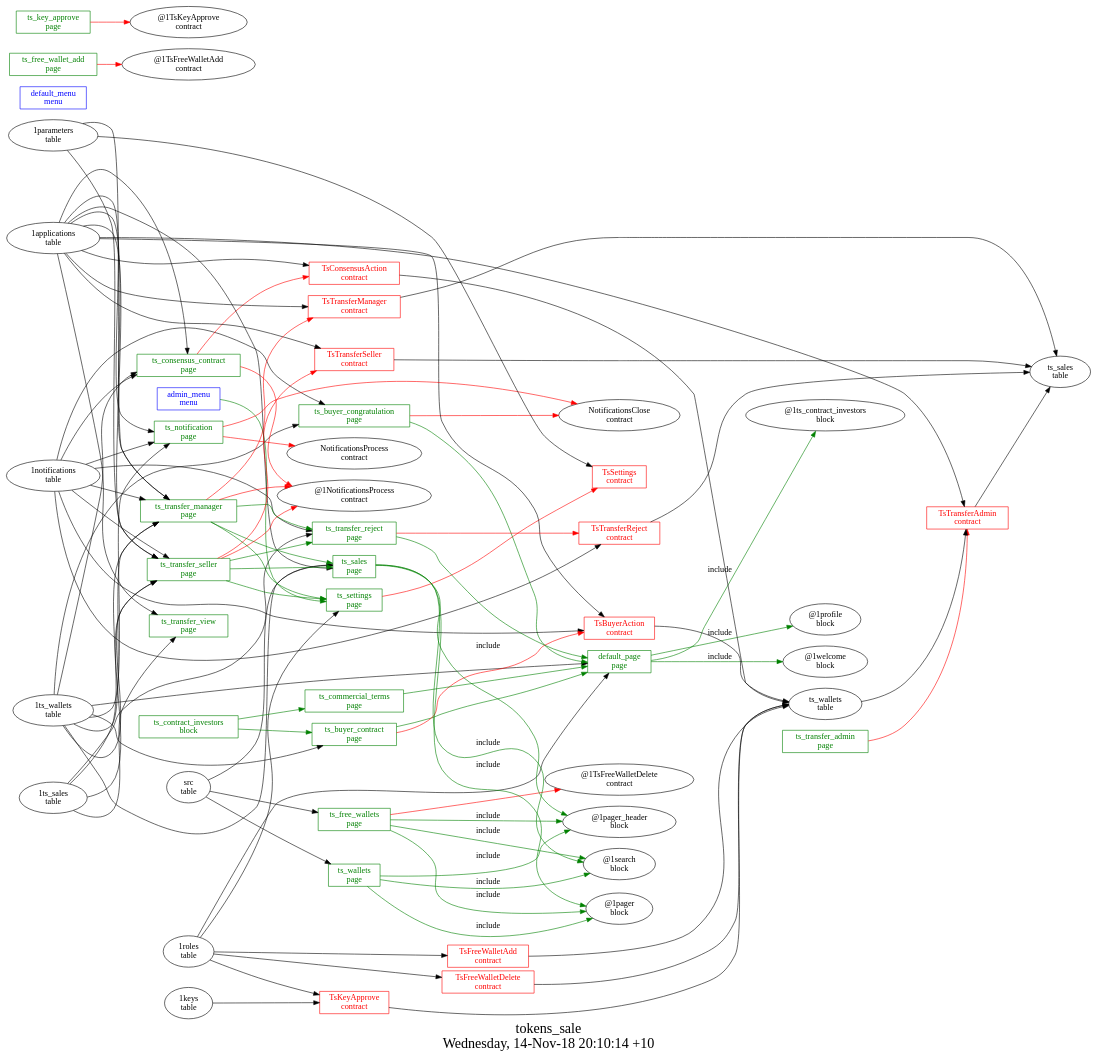
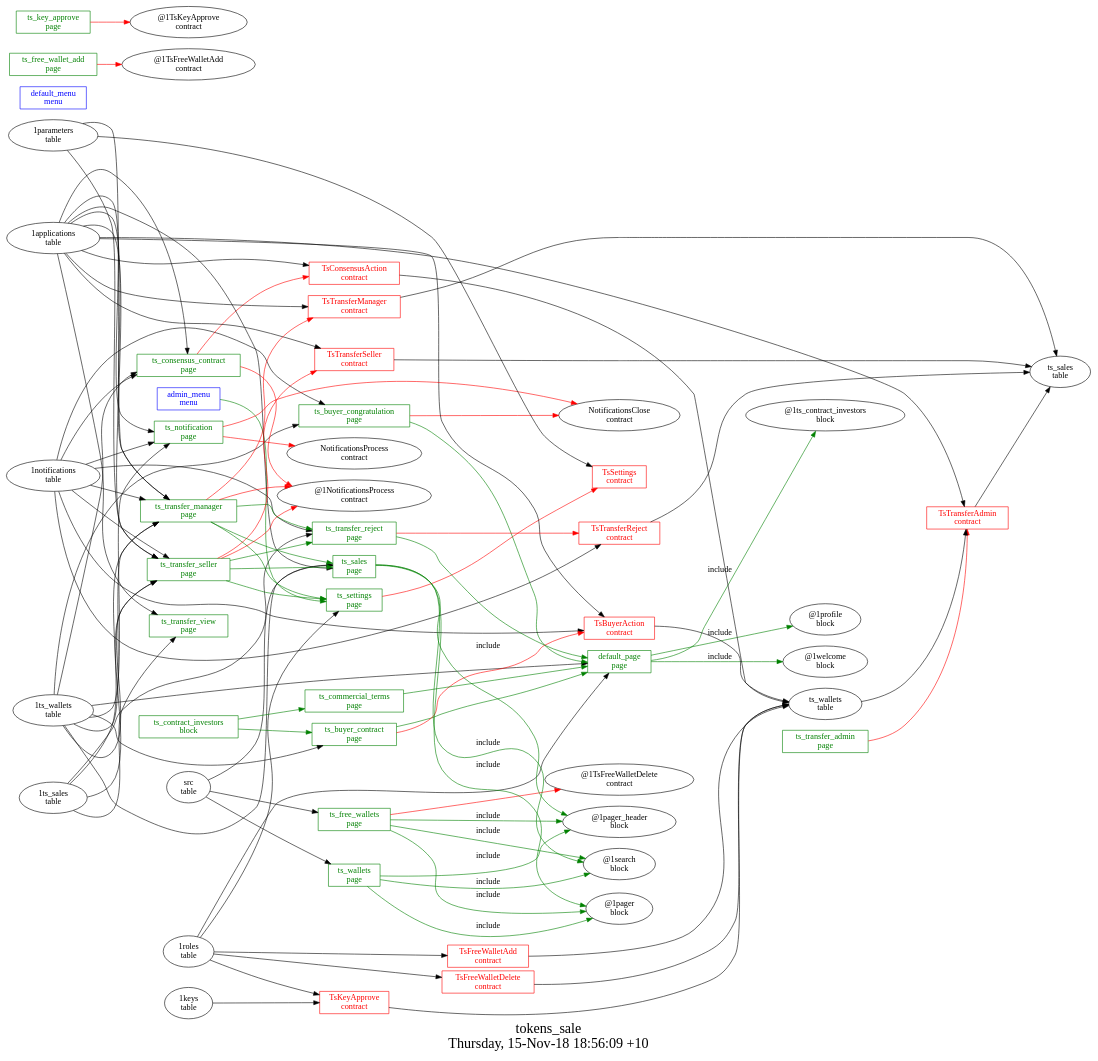
One commit to AplaProject/apps changed the diagram in other/tokens_sale/struct.dot. Above: the diagram before and after it, drawn with Graphviz. The commit also changed 6 other files, not shown here.

```diff
--- a/other/tokens_sale/struct.dot
+++ b/other/tokens_sale/struct.dot
@@ -1,134 +1,134 @@
 digraph G {
 fontsize="24";
-label="tokens_sale\nWednesday, 14-Nov-18 20:10:14 +10";
+label="tokens_sale\nThursday, 15-Nov-18 18:56:09 +10";
 nojustify=true;
 ordering=out;
 rankdir=LR;
 size="30";
 "admin_menu\nmenu" -> "ts_settings\npage"  [ color=green ]
 "admin_menu\nmenu" [color=blue, fontcolor=blue, group=menus, shape=record];
 "default_menu\nmenu" [color=blue, fontcolor=blue, group=menus, shape=record];
 "1ts_wallets\ntable" -> "default_page\npage"
 "1roles\ntable" -> "default_page\npage"
 "default_page\npage" -> "@1ts_contract_investors\nblock"  [ color=green, label=include ]
 "default_page\npage" -> "@1profile\nblock"  [ color=green, label=include ]
 "default_page\npage" -> "@1welcome\nblock"  [ color=green, label=include ]
 "default_page\npage" [color=green, fontcolor=green, group=pages, shape=record];
 "ts_buyer_congratulation\npage" -> "NotificationsClose\ncontract"  [ color=red ]
 "1ts_wallets\ntable" -> "ts_buyer_congratulation\npage"
 "1notifications\ntable" -> "ts_buyer_congratulation\npage"
 "ts_buyer_congratulation\npage" -> "default_page\npage"  [ color=green ]
 "ts_buyer_congratulation\npage" [color=green, fontcolor=green, group=pages, shape=record];
 "ts_buyer_contract\npage" -> "TsBuyerAction\ncontract"  [ color=red ]
 "1ts_wallets\ntable" -> "ts_buyer_contract\npage"
 "ts_buyer_contract\npage" -> "default_page\npage"  [ color=green ]
 "ts_buyer_contract\npage" [color=green, fontcolor=green, group=pages, shape=record];
 "ts_commercial_terms\npage" -> "default_page\npage"  [ color=green ]
 "ts_commercial_terms\npage" [color=green, fontcolor=green, group=pages, shape=record];
 "ts_consensus_contract\npage" -> "TsConsensusAction\ncontract"  [ color=red ]
 "ts_consensus_contract\npage" -> "@1NotificationsProcess\ncontract"  [ color=red ]
 "1applications\ntable" -> "ts_consensus_contract\npage"
 "1notifications\ntable" -> "ts_consensus_contract\npage"
 "1ts_wallets\ntable" -> "ts_consensus_contract\npage"
 "ts_consensus_contract\npage" [color=green, fontcolor=green, group=pages, shape=record];
 "ts_free_wallet_add\npage" -> "@1TsFreeWalletAdd\ncontract"  [ color=red ]
 "ts_free_wallet_add\npage" [color=green, fontcolor=green, group=pages, shape=record];
 "ts_free_wallets\npage" -> "@1TsFreeWalletDelete\ncontract"  [ color=red ]
 "src\ntable" -> "ts_free_wallets\npage"
 "ts_free_wallets\npage" -> "@1pager_header\nblock"  [ color=green, label=include ]
 "ts_free_wallets\npage" -> "@1search\nblock"  [ color=green, label=include ]
 "ts_free_wallets\npage" -> "@1pager\nblock"  [ color=green, label=include ]
 "ts_free_wallets\npage" [color=green, fontcolor=green, group=pages, shape=record];
 "ts_key_approve\npage" -> "@1TsKeyApprove\ncontract"  [ color=red ]
 "ts_key_approve\npage" [color=green, fontcolor=green, group=pages, shape=record];
 "ts_notification\npage" -> "NotificationsClose\ncontract"  [ color=red ]
 "ts_notification\npage" -> "NotificationsProcess\ncontract"  [ color=red ]
 "1applications\ntable" -> "ts_notification\npage"
 "1notifications\ntable" -> "ts_notification\npage"
 "1ts_wallets\ntable" -> "ts_notification\npage"
 "ts_notification\npage" [color=green, fontcolor=green, group=pages, shape=record];
 "1applications\ntable" -> "ts_sales\npage"
 "src\ntable" -> "ts_sales\npage"
 "1ts_wallets\ntable" -> "ts_sales\npage"
 "ts_sales\npage" -> "@1pager_header\nblock"  [ color=green, label=include ]
 "ts_sales\npage" -> "@1search\nblock"  [ color=green, label=include ]
 "ts_sales\npage" -> "@1pager\nblock"  [ color=green, label=include ]
 "ts_sales\npage" [color=green, fontcolor=green, group=pages, shape=record];
 "ts_settings\npage" -> "TsSettings\ncontract"  [ color=red ]
 "1roles\ntable" -> "ts_settings\npage"
 "ts_settings\npage" [color=green, fontcolor=green, group=pages, shape=record];
 "ts_transfer_admin\npage" -> "TsTransferAdmin\ncontract"  [ color=red ]
 "ts_transfer_admin\npage" [color=green, fontcolor=green, group=pages, shape=record];
 "ts_transfer_manager\npage" -> "TsTransferManager\ncontract"  [ color=red ]
 "ts_transfer_manager\npage" -> "@1NotificationsProcess\ncontract"  [ color=red ]
 "1applications\ntable" -> "ts_transfer_manager\npage"
 "1notifications\ntable" -> "ts_transfer_manager\npage"
 "1ts_sales\ntable" -> "ts_transfer_manager\npage"
 "1ts_wallets\ntable" -> "ts_transfer_manager\npage"
 "1parameters\ntable" -> "ts_transfer_manager\npage"
 "ts_transfer_manager\npage" -> "ts_transfer_reject\npage"  [ color=green ]
 "ts_transfer_manager\npage" -> "ts_sales\npage"  [ color=green ]
 "ts_transfer_manager\npage" -> "ts_settings\npage"  [ color=green ]
 "ts_transfer_manager\npage" [color=green, fontcolor=green, group=pages, shape=record];
 "ts_transfer_reject\npage" -> "TsTransferReject\ncontract"  [ color=red ]
 "1notifications\ntable" -> "ts_transfer_reject\npage"
 "1ts_sales\ntable" -> "ts_transfer_reject\npage"
 "ts_transfer_reject\npage" -> "default_page\npage"  [ color=green ]
 "ts_transfer_reject\npage" [color=green, fontcolor=green, group=pages, shape=record];
 "ts_transfer_seller\npage" -> "TsTransferSeller\ncontract"  [ color=red ]
 "ts_transfer_seller\npage" -> "@1NotificationsProcess\ncontract"  [ color=red ]
 "1applications\ntable" -> "ts_transfer_seller\npage"
 "1notifications\ntable" -> "ts_transfer_seller\npage"
 "1ts_sales\ntable" -> "ts_transfer_seller\npage"
 "1ts_wallets\ntable" -> "ts_transfer_seller\npage"
 "1parameters\ntable" -> "ts_transfer_seller\npage"
 "ts_transfer_seller\npage" -> "ts_transfer_reject\npage"  [ color=green ]
 "ts_transfer_seller\npage" -> "ts_sales\npage"  [ color=green ]
 "ts_transfer_seller\npage" -> "ts_settings\npage"  [ color=green ]
 "ts_transfer_seller\npage" [color=green, fontcolor=green, group=pages, shape=record];
 "1applications\ntable" -> "ts_transfer_view\npage"
 "1ts_sales\ntable" -> "ts_transfer_view\npage"
 "ts_transfer_view\npage" [color=green, fontcolor=green, group=pages, shape=record];
 "src\ntable" -> "ts_wallets\npage"
 "ts_wallets\npage" -> "@1pager_header\nblock"  [ color=green, label=include ]
 "ts_wallets\npage" -> "@1search\nblock"  [ color=green, label=include ]
 "ts_wallets\npage" -> "@1pager\nblock"  [ color=green, label=include ]
 "ts_wallets\npage" [color=green, fontcolor=green, group=pages, shape=record];
 "ts_contract_investors\nblock" -> "ts_commercial_terms\npage"  [ color=green ]
 "ts_contract_investors\nblock" -> "ts_buyer_contract\npage"  [ color=green ]
 "ts_contract_investors\nblock" [color=green, fontcolor=green, group=blocks, shape=record];
 "TsBuyerAction\ncontract" -> "ts_wallets\ntable"  [ color="" ]
 "1applications\ntable" -> "TsBuyerAction\ncontract"
 "1notifications\ntable" -> "TsBuyerAction\ncontract"
 "TsBuyerAction\ncontract" [color=red, fontcolor=red, group=contracts, shape=record];
 "TsConsensusAction\ncontract" -> "ts_wallets\ntable"  [ color="" ]
 "1applications\ntable" -> "TsConsensusAction\ncontract"
 "TsConsensusAction\ncontract" [color=red, fontcolor=red, group=contracts, shape=record];
 "TsFreeWalletAdd\ncontract" -> "ts_wallets\ntable"  [ color="" ]
 "1roles\ntable" -> "TsFreeWalletAdd\ncontract"
 "TsFreeWalletAdd\ncontract" [color=red, fontcolor=red, group=contracts, shape=record];
 "TsFreeWalletDelete\ncontract" -> "ts_wallets\ntable"  [ color="" ]
 "1roles\ntable" -> "TsFreeWalletDelete\ncontract"
 "TsFreeWalletDelete\ncontract" [color=red, fontcolor=red, group=contracts, shape=record];
 "TsKeyApprove\ncontract" -> "ts_wallets\ntable"  [ color="" ]
 "1keys\ntable" -> "TsKeyApprove\ncontract"
 "1roles\ntable" -> "TsKeyApprove\ncontract"
 "TsKeyApprove\ncontract" [color=red, fontcolor=red, group=contracts, shape=record];
 "1parameters\ntable" -> "TsSettings\ncontract"
 "TsSettings\ncontract" [color=red, fontcolor=red, group=contracts, shape=record];
 "TsTransferAdmin\ncontract" -> "ts_sales\ntable"  [ color="" ]
 "1applications\ntable" -> "TsTransferAdmin\ncontract"
 "ts_wallets\ntable" -> "TsTransferAdmin\ncontract"
 "TsTransferAdmin\ncontract" [color=red, fontcolor=red, group=contracts, shape=record];
 "TsTransferManager\ncontract" -> "ts_sales\ntable"  [ color="" ]
 "1applications\ntable" -> "TsTransferManager\ncontract"
 "TsTransferManager\ncontract" [color=red, fontcolor=red, group=contracts, shape=record];
 "TsTransferReject\ncontract" -> "ts_sales\ntable"  [ color="" ]
 "1notifications\ntable" -> "TsTransferReject\ncontract"
 "TsTransferReject\ncontract" [color=red, fontcolor=red, group=contracts, shape=record];
 "TsTransferSeller\ncontract" -> "ts_sales\ntable"  [ color="" ]
 "1applications\ntable" -> "TsTransferSeller\ncontract"
 "TsTransferSeller\ncontract" [color=red, fontcolor=red, group=contracts, shape=record];
 "ts_sales\ntable" [color="", fontcolor="", group=tables, shape=""];
 "ts_wallets\ntable" [color="", fontcolor="", group=tables, shape=""];
 }
```
